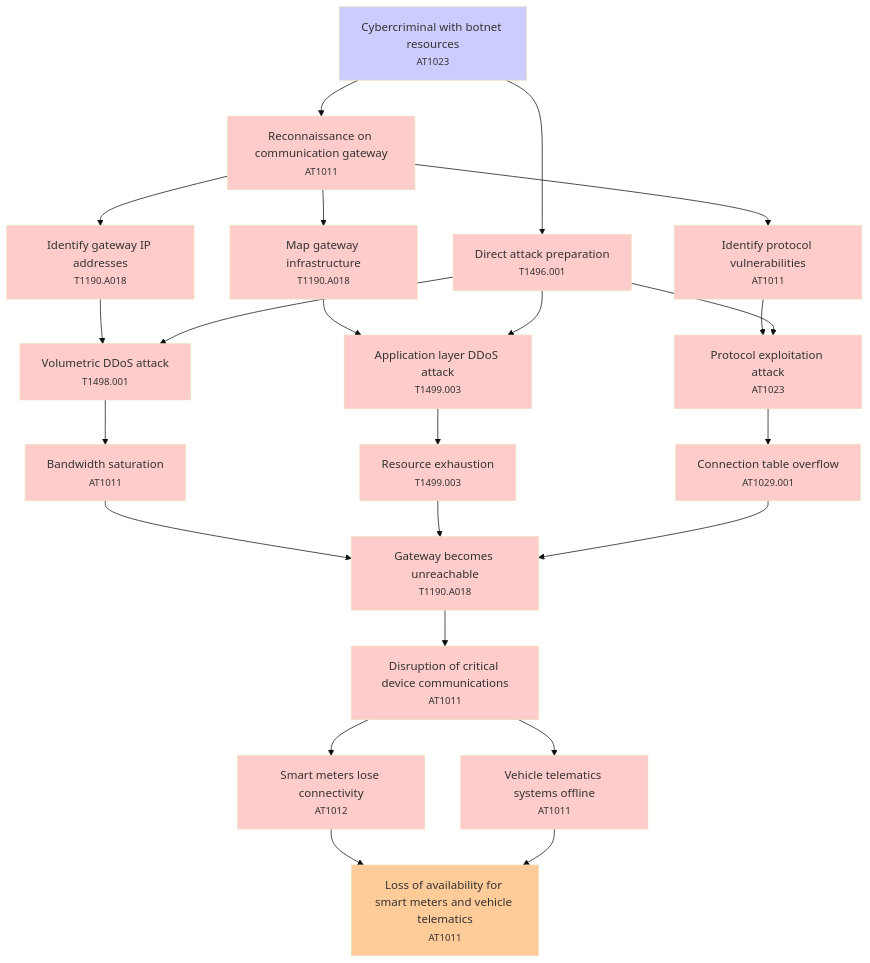
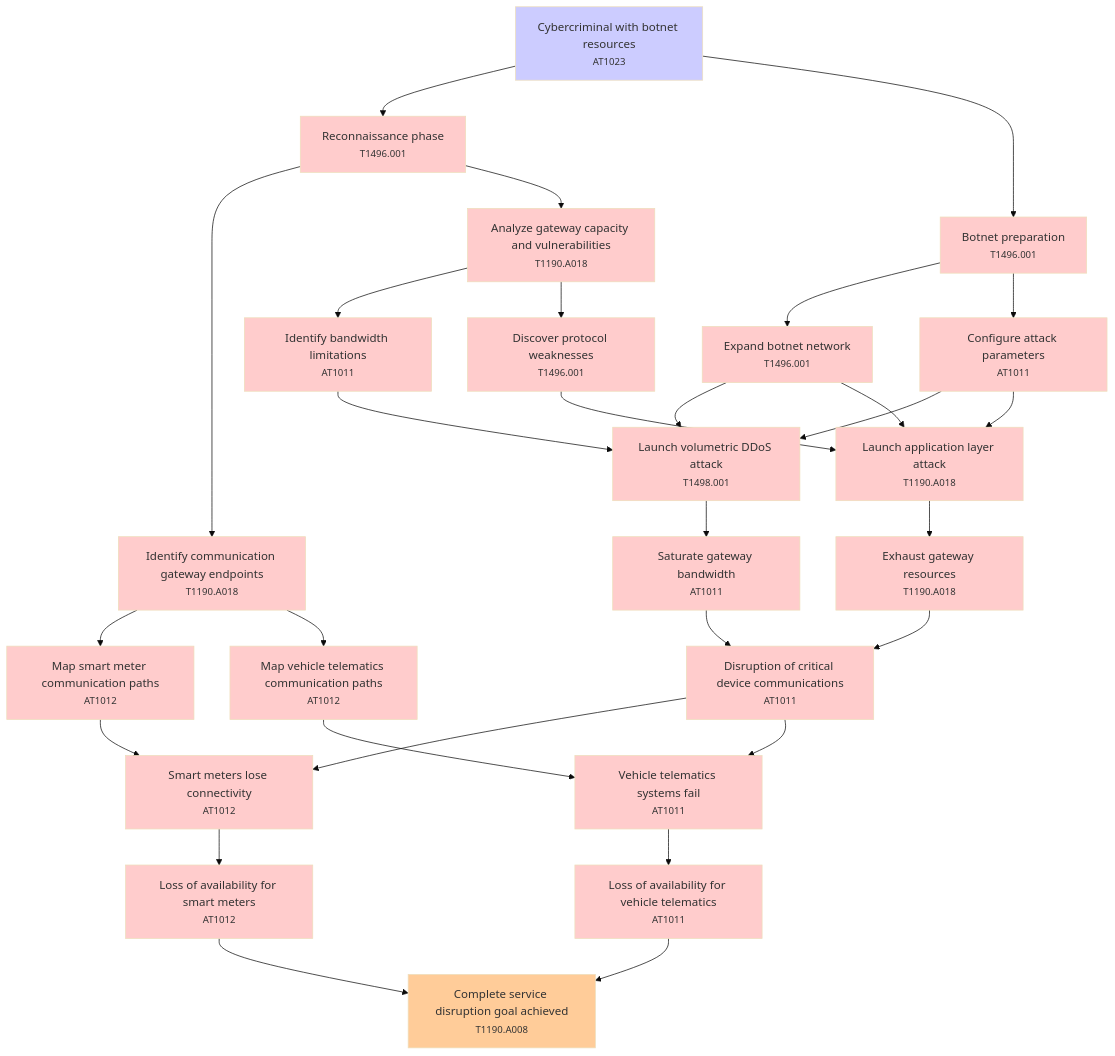
The diagram in threatforest-agentic-application/examples/iot-device-management/threatforest/mitigated/mitigated_enriched_attack_tree_T004_denial_of_service.md (aws-samples/sample-agentic-attack-tree-generator), drawn with Mermaid (base theme) before and after one commit. The commit also changed other lines of this file and 44 other files, not shown here.

````diff
--- a/threatforest-agentic-application/examples/iot-device-management/threatforest/mitigated/mitigated_enriched_attack_tree_T004_denial_of_service.md
+++ b/threatforest-agentic-application/examples/iot-device-management/threatforest/mitigated/mitigated_enriched_attack_tree_T004_denial_of_service.md
@@ -19,33 +19,39 @@
 ```mermaid
 graph TD
-    A["Cybercriminal with botnet resources<br/><small>AT1023</small>"] --> B["Reconnaissance on communication gateway<br/><small>AT1011</small>"]
-    A --> C["Direct attack preparation<br/><small>T1496.001</small>"]
-    B --> D["Identify gateway IP addresses<br/><small>T1190.A018</small>"]
-    B --> E["Map gateway infrastructure<br/><small>T1190.A018</small>"]
-    B --> F["Identify protocol vulnerabilities<br/><small>AT1011</small>"]
-    D --> G["Volumetric DDoS attack<br/><small>T1498.001</small>"]
-    E --> H["Application layer DDoS attack<br/><small>T1499.003</small>"]
-    F --> I["Protocol exploitation attack<br/><small>AT1023</small>"]
-    C --> G
-    C --> H
-    C --> I
-    G --> J["Bandwidth saturation<br/><small>AT1011</small>"]
-    H --> K["Resource exhaustion<br/><small>T1499.003</small>"]
-    I --> L["Connection table overflow<br/><small>AT1029.001</small>"]
-    J --> M["Gateway becomes unreachable<br/><small>T1190.A018</small>"]
+    A["Cybercriminal with botnet resources<br/><small>AT1023</small>"] --> B["Reconnaissance phase<br/><small>T1496.001</small>"]
+    A --> C["Botnet preparation<br/><small>T1496.001</small>"]
+    B --> D["Identify communication gateway endpoints<br/><small>T1190.A018</small>"]
+    B --> E["Analyze gateway capacity and vulnerabilities<br/><small>T1190.A018</small>"]
+    C --> F["Expand botnet network<br/><small>T1496.001</small>"]
+    C --> G["Configure attack parameters<br/><small>AT1011</small>"]
+    D --> H["Map smart meter communication paths<br/><small>AT1012</small>"]
+    D --> I["Map vehicle telematics communication paths<br/><small>AT1012</small>"]
+    E --> J["Identify bandwidth limitations<br/><small>AT1011</small>"]
+    E --> K["Discover protocol weaknesses<br/><small>T1496.001</small>"]
+    F --> L["Launch volumetric DDoS attack<br/><small>T1498.001</small>"]
+    G --> L
+    J --> L
+    F --> M["Launch application layer attack<br/><small>T1190.A018</small>"]
+    G --> M
     K --> M
-    L --> M
-    M --> N["Disruption of critical device communications<br/><small>AT1011</small>"]
-    N --> O["Smart meters lose connectivity<br/><small>AT1012</small>"]
-    N --> P["Vehicle telematics systems offline<br/><small>AT1011</small>"]
-    O --> Q["Loss of availability for smart meters and vehicle telematics<br/><small>AT1011</small>"]
+    L --> N["Saturate gateway bandwidth<br/><small>AT1011</small>"]
+    M --> O["Exhaust gateway resources<br/><small>T1190.A018</small>"]
+    N --> P["Disruption of critical device communications<br/><small>AT1011</small>"]
+    O --> P
+    H --> Q["Smart meters lose connectivity<br/><small>AT1012</small>"]
+    I --> R["Vehicle telematics systems fail<br/><small>AT1011</small>"]
     P --> Q
+    P --> R
+    Q --> S["Loss of availability for smart meters<br/><small>AT1012</small>"]
+    R --> T["Loss of availability for vehicle telematics<br/><small>AT1011</small>"]
+    S --> U["Complete service disruption goal achieved<br/><small>T1190.A008</small>"]
+    T --> U
     classDef attack fill:#ffcccc
     classDef goal fill:#ffcc99
     classDef fact fill:#ccccff
-    class B,C,D,E,F,G,H,I,J,K,L,M,N,O,P attack
-    class Q goal
+    class B,C,D,E,F,G,H,I,J,K,L,M,N,O,P,Q,R,S,T attack
+    class U goal
     class A fact
     classDef mitigation fill:#ccffcc
     classDef mitigation fill:#ADD8E6,stroke:#4682B4,stroke-width:2px
 ```
````
